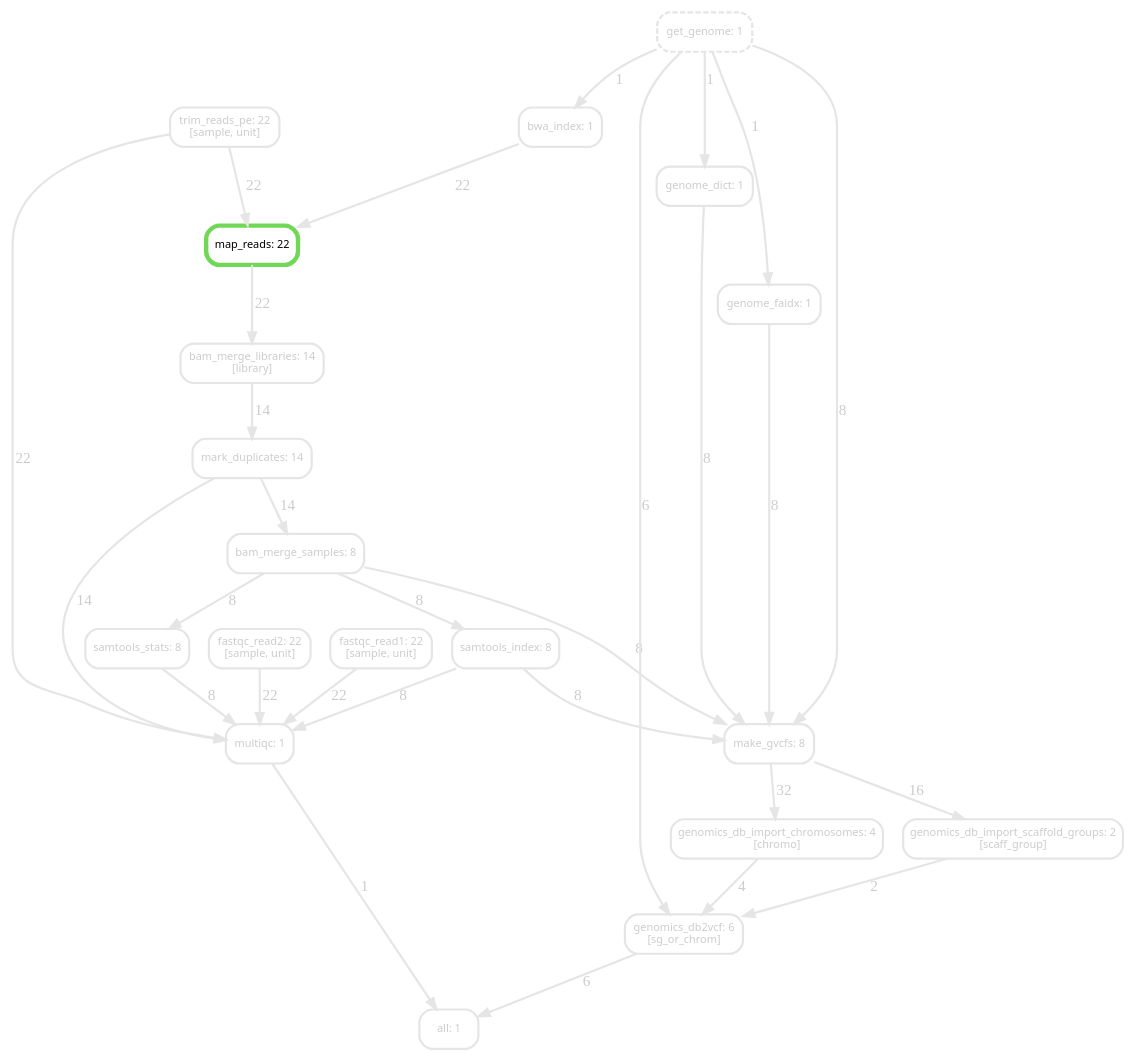
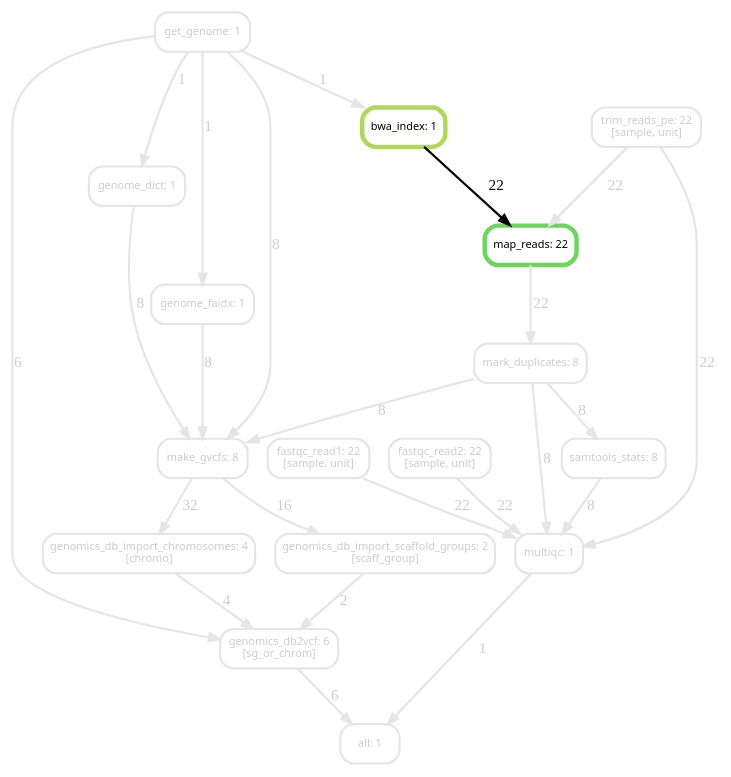
One commit to ambuvjyn/eca-bioinf-handbook changed the diagram in figure-creation/non-model-wgs-workflow-dags/bwa-map.dot. Above: the diagram before and after it, drawn with Graphviz. The commit also changed 52 other files, not shown here.

```diff
--- a/figure-creation/non-model-wgs-workflow-dags/bwa-map.dot
+++ b/figure-creation/non-model-wgs-workflow-dags/bwa-map.dot
@@ -1,52 +1,44 @@
 digraph snakemake_dag {
     graph[bgcolor=white, margin=0];
     node[shape=box, style=rounded, fontname=sans,  color="gray90",  fontcolor="gray80",  fontsize=10, penwidth=2];
     edge[penwidth=2, color="gray90", fontcolor="gray80"];
-    1[label = "bam_merge_libraries: 14\n[library]", style="rounded"];
-    2[label = "bam_merge_samples: 8", style="rounded"];
-    3[label = "bwa_index: 1", style="rounded"];
-    4[label = "fastqc_read1: 22\n[sample, unit]", style="rounded"];
-    5[label = "fastqc_read2: 22\n[sample, unit]", style="rounded"];
-    6[label = "genome_dict: 1", style="rounded"];
-    7[label = "genome_faidx: 1", style="rounded"];
-    8[label = "genomics_db_import_chromosomes: 4\n[chromo]", style="rounded"];
-    9[label = "genomics_db_import_scaffold_groups: 2\n[scaff_group]", style="rounded"];
-    10[label = "genomics_db2vcf: 6\n[sg_or_chrom]", style="rounded"];
-    11[label = "get_genome: 1", style="rounded,dashed"];
-    12[label = "make_gvcfs: 8", style="rounded"];
-    13[label = "map_reads: 22", color = "0.30 0.6 0.85", style="rounded", fontcolor="black", penwidth=4];
-    14[label = "mark_duplicates: 14", style="rounded"];
-    15[label = "multiqc: 1", style="rounded"];
-    16[label = "samtools_index: 8", style="rounded"];
-    17[label = "samtools_stats: 8", style="rounded"];
-    18[label = "trim_reads_pe: 22\n[sample, unit]", style="rounded"];
-    19[label = "all: 1", style="rounded"];
-    1 -> 14 [label = "14"];
-    2 -> 12 [label = "8"];
-    2 -> 16 [label = "8"];
-    2 -> 17 [label = "8"];
+    1[label = "bwa_index: 1", color = "0.22 0.6 0.85", style="rounded", fontcolor="black", penwidth=4];
+    2[label = "fastqc_read1: 22\n[sample, unit]", style="rounded"];
+    3[label = "fastqc_read2: 22\n[sample, unit]", style="rounded"];
+    4[label = "genome_dict: 1", style="rounded"];
+    5[label = "genome_faidx: 1", style="rounded"];
+    6[label = "genomics_db_import_chromosomes: 4\n[chromo]", style="rounded"];
+    7[label = "genomics_db_import_scaffold_groups: 2\n[scaff_group]", style="rounded"];
+    8[label = "genomics_db2vcf: 6\n[sg_or_chrom]", style="rounded"];
+    9[label = "get_genome: 1", style="rounded"];
+    10[label = "make_gvcfs: 8", style="rounded"];
+    11[label = "map_reads: 22", color = "0.31 0.6 0.85", style="rounded", fontcolor="black", penwidth=4];
+    12[label = "mark_duplicates: 8", style="rounded"];
+    13[label = "multiqc: 1", style="rounded"];
+    14[label = "samtools_stats: 8", style="rounded"];
+    15[label = "trim_reads_pe: 22\n[sample, unit]", style="rounded"];
+    16[label = "all: 1", style="rounded"];
+    1 -> 11 [label = "22", fontcolor="black", color="black"];
+    2 -> 13 [label = "22"];
     3 -> 13 [label = "22"];
-    4 -> 15 [label = "22"];
-    5 -> 15 [label = "22"];
-    6 -> 12 [label = "8"];
-    7 -> 12 [label = "8"];
-    8 -> 10 [label = "4"];
-    9 -> 10 [label = "2"];
-    10 -> 19 [label = "6"];
-    11 -> 3 [label = "1"];
-    11 -> 6 [label = "1"];
-    11 -> 7 [label = "1"];
-    11 -> 10 [label = "6"];
-    11 -> 12 [label = "8"];
-    12 -> 8 [label = "32"];
-    12 -> 9 [label = "16"];
-    13 -> 1 [label = "22"];
-    14 -> 2 [label = "14"];
-    14 -> 15 [label = "14"];
-    15 -> 19 [label = "1"];
-    16 -> 12 [label = "8"];
-    16 -> 15 [label = "8"];
-    17 -> 15 [label = "8"];
-    18 -> 13 [label = "22"];
-    18 -> 15 [label = "22"];
+    4 -> 10 [label = "8"];
+    5 -> 10 [label = "8"];
+    6 -> 8 [label = "4"];
+    7 -> 8 [label = "2"];
+    8 -> 16 [label = "6"];
+    9 -> 1 [label = "1"];
+    9 -> 4 [label = "1"];
+    9 -> 5 [label = "1"];
+    9 -> 8 [label = "6"];
+    9 -> 10 [label = "8"];
+    10 -> 6 [label = "32"];
+    10 -> 7 [label = "16"];
+    11 -> 12 [label = "22"];
+    12 -> 10 [label = "8"];
+    12 -> 13 [label = "8"];
+    12 -> 14 [label = "8"];
+    13 -> 16 [label = "1"];
+    14 -> 13 [label = "8"];
+    15 -> 11 [label = "22"];
+    15 -> 13 [label = "22"];
 }
```
